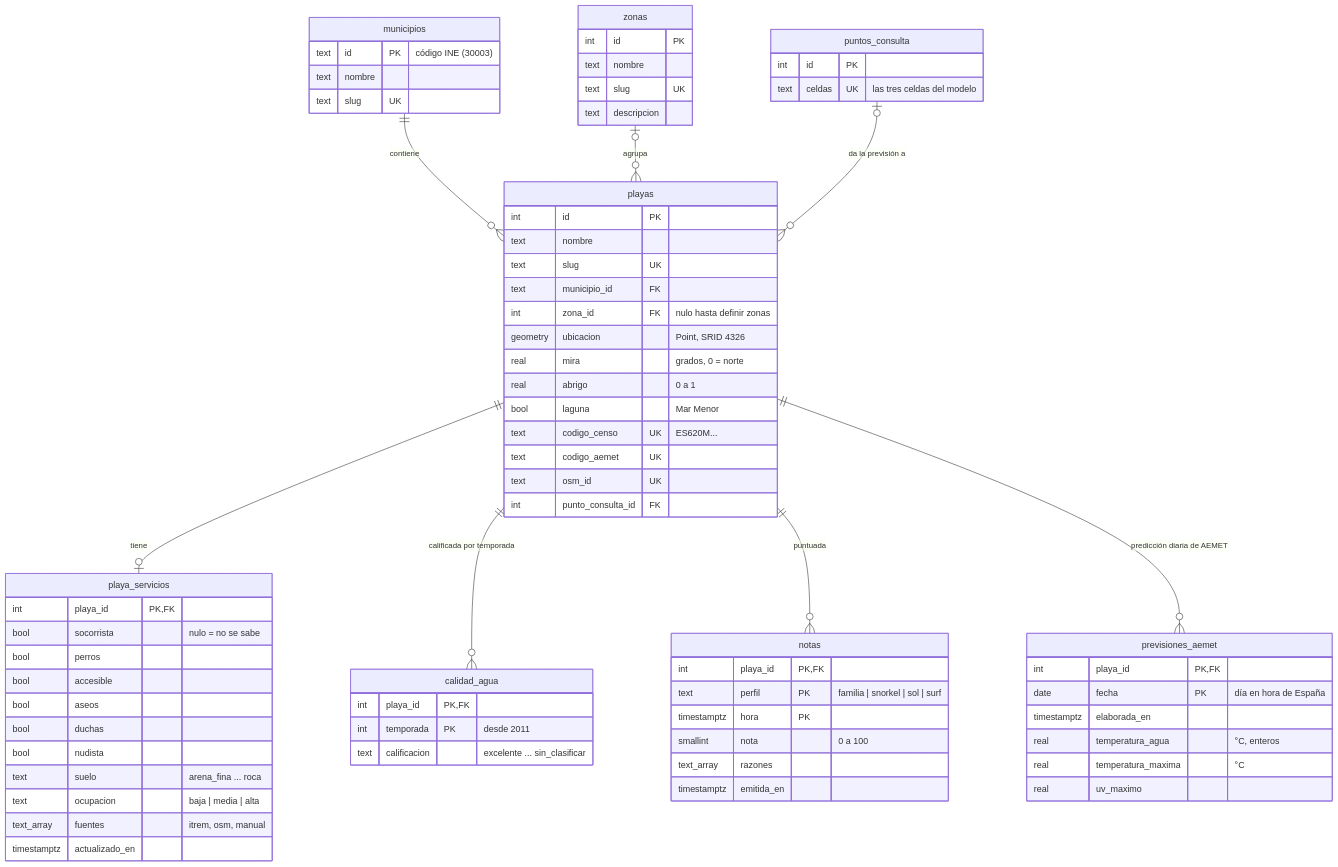
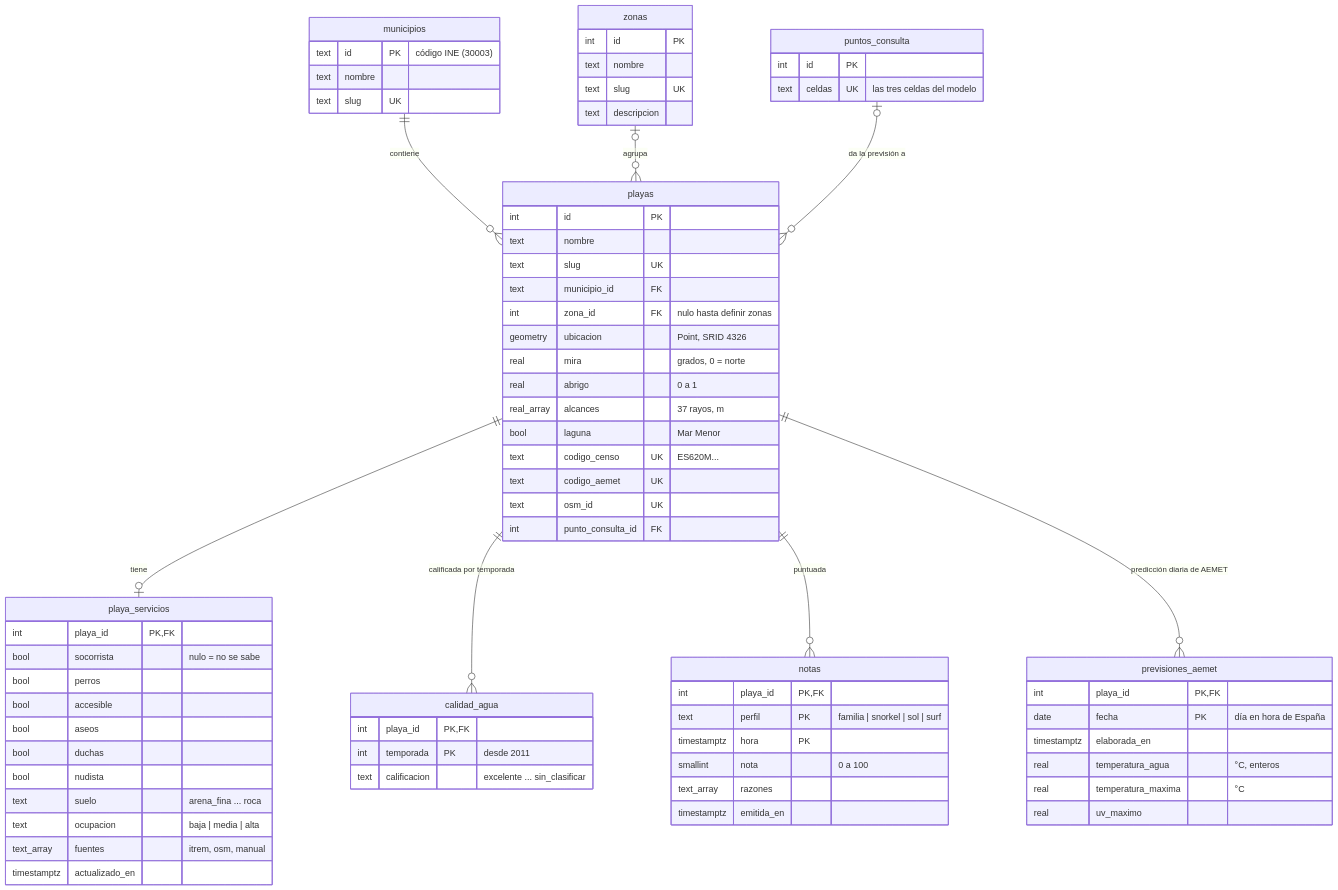
Before and after one commit to pdawgabriel-hub/playa-hoy: the first of 2 diagrams in docs/modelo-datos.md, drawn with Mermaid. The commit also changed 12 other files, not shown here.

```diff
--- a/docs/modelo-datos.md
+++ b/docs/modelo-datos.md
@@ -40,6 +40,7 @@
         geometry ubicacion "Point, SRID 4326"
         real mira "grados, 0 = norte"
         real abrigo "0 a 1"
+        real_array alcances "37 rayos, m"
         bool laguna "Mar Menor"
         text codigo_censo UK "ES620M..."
         text codigo_aemet UK
```
